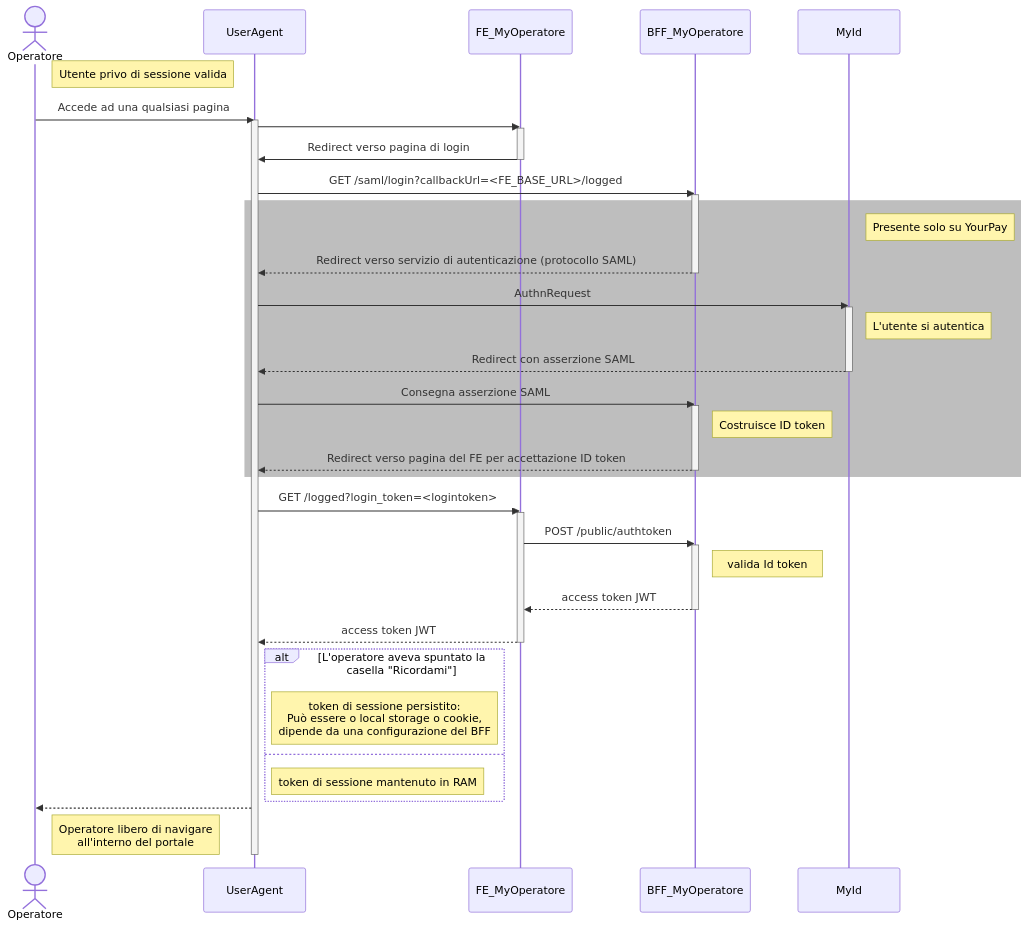
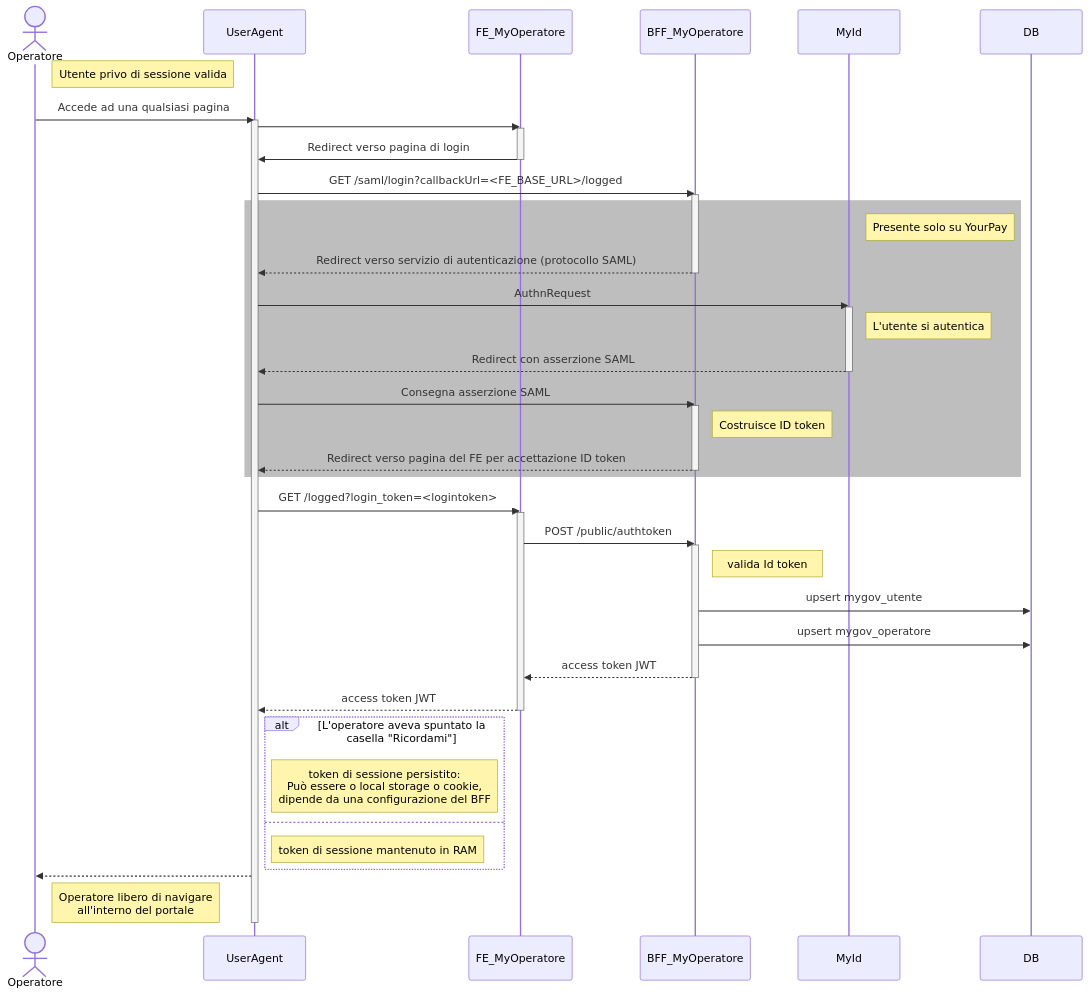
Before and after one commit to pagopa/p4pa-doc: the diagram in confluence/DesignReview/AutenticazioneEAutorizzazioneInMyPayOperatore/ASIS_yourPay.mmd, drawn with Mermaid. The commit also changed 1 other file, not shown here.

```diff
--- a/confluence/DesignReview/AutenticazioneEAutorizzazioneInMyPayOperatore/ASIS_yourPay.mmd
+++ b/confluence/DesignReview/AutenticazioneEAutorizzazioneInMyPayOperatore/ASIS_yourPay.mmd
@@ -1,54 +1,57 @@
 sequenceDiagram
     actor Operatore
     participant UserAgent
     participant FE as FE_MyOperatore
     participant BFF as BFF_MyOperatore
     participant MyId
+    participant DB
 
     note right of Operatore: Utente privo di sessione valida
     Operatore ->> UserAgent: Accede ad una qualsiasi pagina
     activate UserAgent
 UserAgent ->> FE: 
     activate FE
 FE ->> UserAgent: Redirect verso pagina di login
 deactivate FE
 
 UserAgent ->> BFF: GET /saml/login?callbackUrl=<FE_BASE_URL>/logged
 activate BFF
 rect rgb(190, 190, 190)
 note right of MyId: Presente solo su YourPay
 BFF -->> UserAgent: Redirect verso servizio di autenticazione (protocollo SAML)
 deactivate BFF
 
 UserAgent ->> MyId: AuthnRequest
 activate MyId
 note right of MyId: L'utente si autentica
 MyId -->> UserAgent: Redirect con asserzione SAML
 deactivate MyId
 
 UserAgent ->> BFF: Consegna asserzione SAML
 activate BFF
 note right of BFF: Costruisce ID token
 BFF -->> UserAgent: Redirect verso pagina del FE per accettazione ID token
 deactivate BFF
 end
 
 UserAgent ->> FE: GET /logged?login_token=<logintoken>
 activate FE
 
 FE ->> BFF: POST /public/authtoken
 activate BFF
 note right of BFF: valida Id token
+BFF ->> DB: upsert mygov_utente
+BFF ->> DB: upsert mygov_operatore
 BFF -->> FE: access token JWT
 deactivate BFF
 
 FE -->> UserAgent: access token JWT
 deactivate FE
 alt L'operatore aveva spuntato la casella "Ricordami"
 note right of UserAgent: token di sessione persistito:<BR />Può essere o local storage o cookie,<BR />dipende da una configurazione del BFF
 else
 note right of UserAgent: token di sessione mantenuto in RAM
 end
 UserAgent -->> Operatore: 
 note right of Operatore: Operatore libero di navigare<BR />all'interno del portale
 deactivate UserAgent
```
